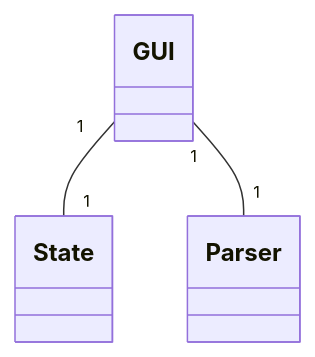
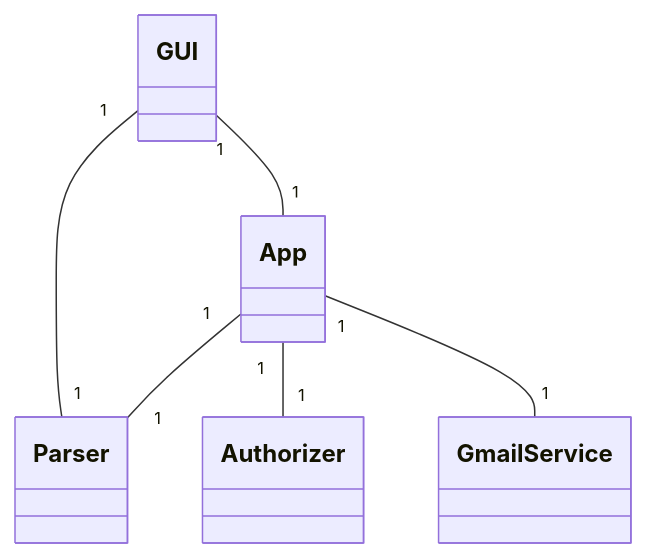
One commit to nualn/MassMailer changed the first of 2 diagrams in dokumentaatio/arkkitehtuuri.md. Above: the diagram before and after it, drawn with Mermaid. The commit also changed other lines of this file, not shown here.

Commit message:
Update class diagram & add sequence diagram

````diff
--- a/dokumentaatio/arkkitehtuuri.md
+++ b/dokumentaatio/arkkitehtuuri.md
@@ -1,11 +2,11 @@
 ```mermaid
 classDiagram
 
-class Parser
-class State
-class GUI
+GUI "1"--"1" Parser
+GUI "1"--"1" App
 
-GUI "1"--"1" State
-GUI "1"--"1" Parser
+App "1"--"1" Parser
+App "1"--"1" Authorizer
+App "1"--"1" GmailService
 
 ```
````
